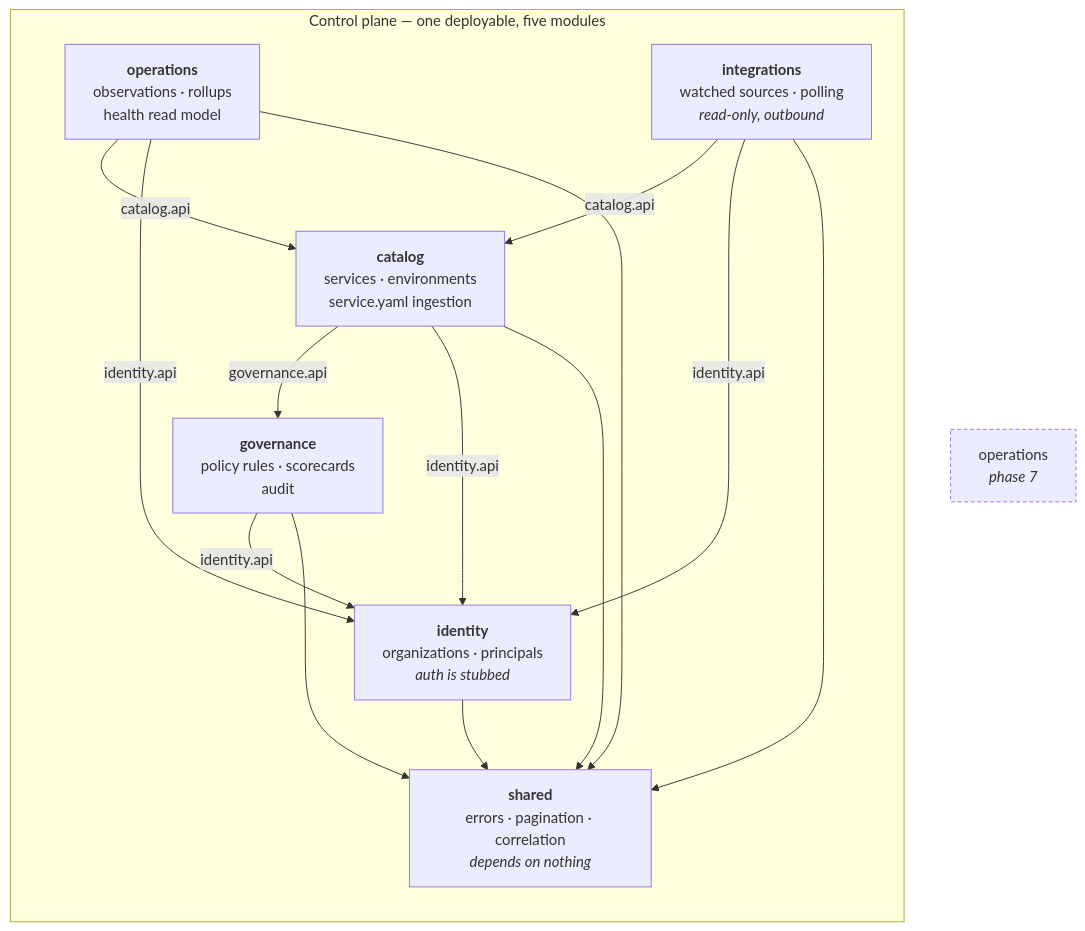
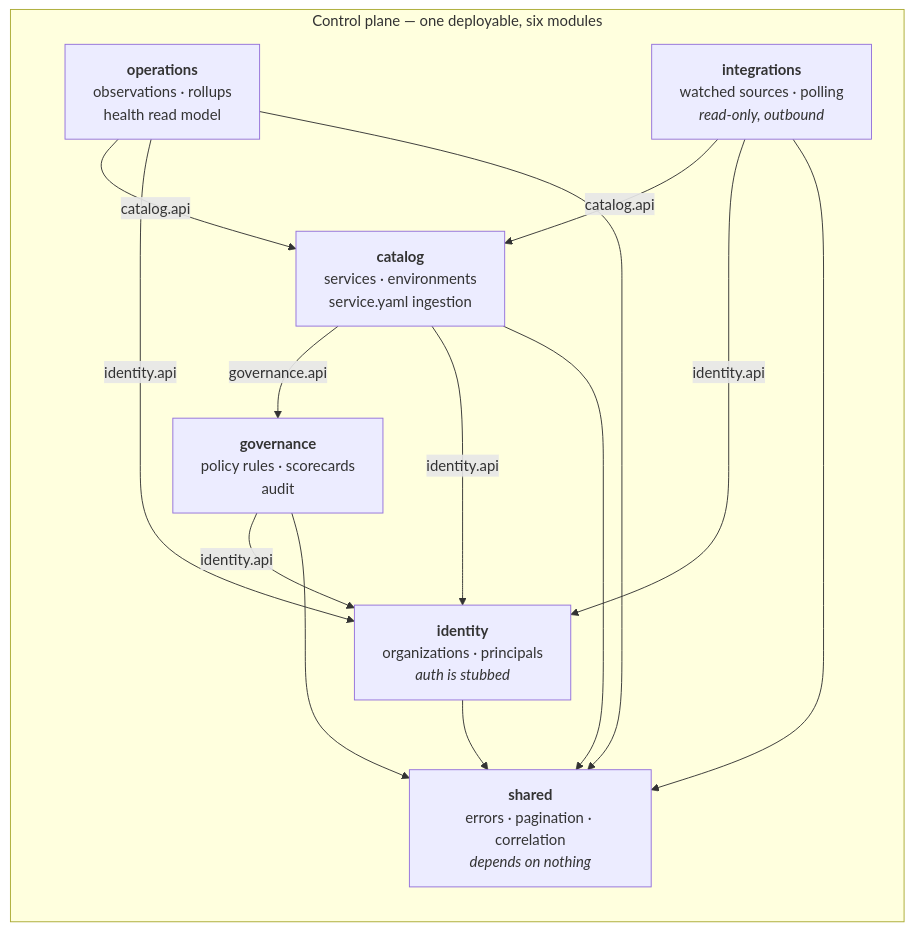
One commit to HoseaCodes/OpsAtlas changed the second of 5 diagrams in docs/architecture/slice-one.md. Above: the diagram before and after it, drawn with Mermaid. The commit also changed other lines of this file and 27 other files, not shown here.

````diff
--- a/docs/architecture/slice-one.md
+++ b/docs/architecture/slice-one.md
@@ -55,28 +55,25 @@
 ```mermaid
 flowchart TD
-    subgraph cp["Control plane — one deployable, five modules"]
+    subgraph cp["Control plane — one deployable, six modules"]
         direction TB
         operations["<b>operations</b><br/>observations · rollups<br/>health read model"]
         integrations["<b>integrations</b><br/>watched sources · polling<br/><i>read-only, outbound</i>"]
         catalog["<b>catalog</b><br/>services · environments<br/>service.yaml ingestion"]
         governance["<b>governance</b><br/>policy rules · scorecards<br/>audit"]
         identity["<b>identity</b><br/>organizations · principals<br/><i>auth is stubbed</i>"]
         shared["<b>shared</b><br/>errors · pagination · correlation<br/><i>depends on nothing</i>"]
     end
 
     integrations -->|"catalog.api"| catalog
     integrations -->|"identity.api"| identity
     operations -->|"catalog.api"| catalog
     operations -->|"identity.api"| identity
     catalog -->|"governance.api"| governance
     catalog -->|"identity.api"| identity
     governance -->|"identity.api"| identity
     integrations --> shared
     operations --> shared
     catalog --> shared
     governance --> shared
     identity --> shared
-
-    ops["operations<br/><i>phase 7</i>"]
-    style ops stroke-dasharray: 4 3
 ```
````
